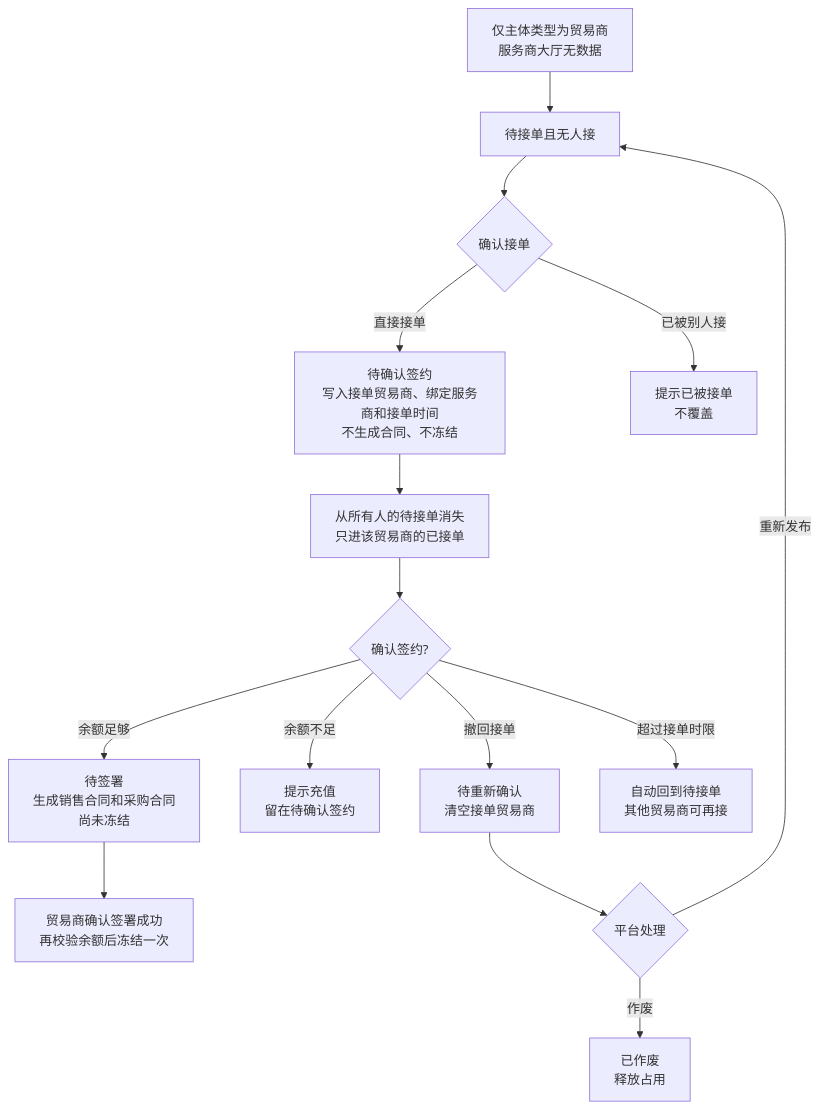
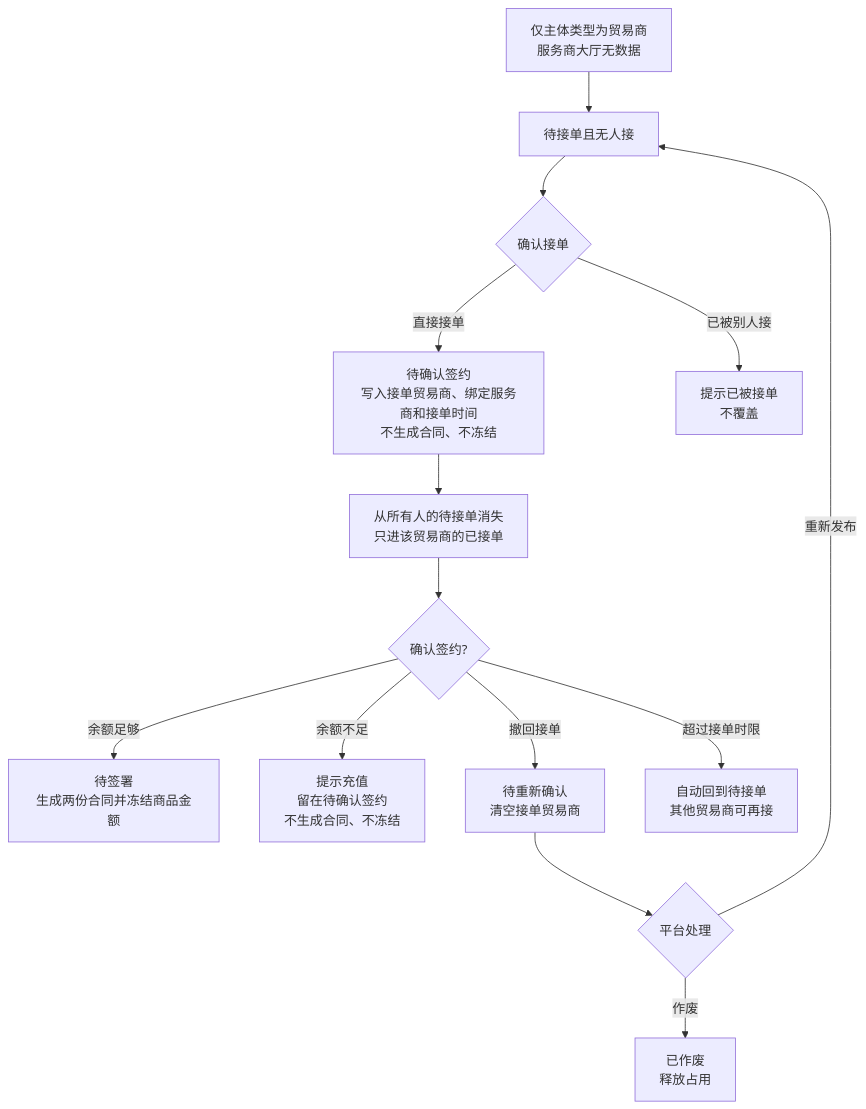
Before and after one commit to 342-droid/LFerp: the sixth of 8 diagrams in RBT/docs/1-整体业务流程图.md, drawn with Mermaid. The commit also changed other lines of this file and 6 other files, not shown here.

````diff
--- a/RBT/docs/1-整体业务流程图.md
+++ b/RBT/docs/1-整体业务流程图.md
@@ -184,17 +184,16 @@
 ```mermaid
 flowchart TB
   T0[仅主体类型为贸易商<br/>服务商大厅无数据] --> T1[待接单且无人接]
   T1 --> T2{确认接单}
   T2 -->|直接接单| T3[待确认签约<br/>写入接单贸易商、绑定服务商和接单时间<br/>不生成合同、不冻结]
   T2 -->|已被别人接| T4[提示已被接单<br/>不覆盖]
   T3 --> T5[从所有人的待接单消失<br/>只进该贸易商的已接单]
   T5 --> T6{确认签约?}
-  T6 -->|余额足够| T7[待签署<br/>生成销售合同和采购合同<br/>尚未冻结]
-  T6 -->|余额不足| T6a[提示充值<br/>留在待确认签约]
+  T6 -->|余额足够| T7[待签署<br/>生成两份合同并冻结商品金额]
+  T6 -->|余额不足| T6a[提示充值<br/>留在待确认签约<br/>不生成合同、不冻结]
   T6 -->|撤回接单| T8[待重新确认<br/>清空接单贸易商]
   T6 -->|超过接单时限| T1b[自动回到待接单<br/>其他贸易商可再接]
-  T7 --> T7b[贸易商确认签署成功<br/>再校验余额后冻结一次]
   T8 --> T9{平台处理}
   T9 -->|重新发布| T1
   T9 -->|作废| T10[已作废<br/>释放占用]
 ```
````
